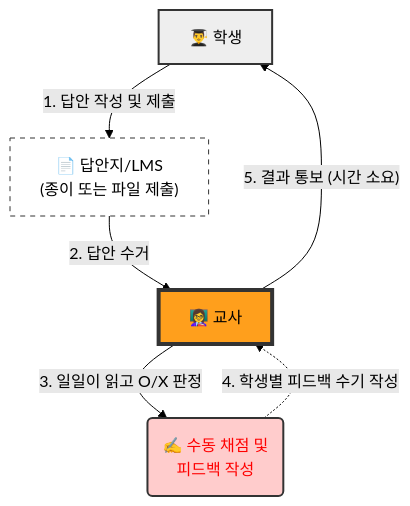
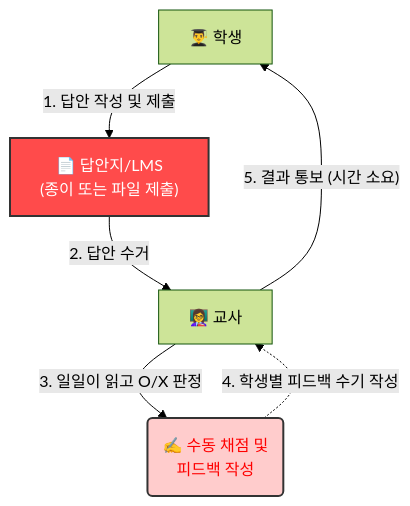
One commit to Raph-Alpaca/test260110 changed the second of 2 diagrams in README.md. Above: the diagram before and after it, drawn with Mermaid (forest theme).

````diff
--- a/README.md
+++ b/README.md
@@ -55,25 +55,26 @@
 ```mermaid
 graph TD
-    %% 노드 정의 (특수문자 포함 시 반드시 따옴표 사용)
+    %% 노드 정의 (특수문자 및 괄호 포함 시 따옴표 필수)
     ST_OLD[👨‍🎓 학생]
     PAPER["📄 답안지/LMS<br/>(종이 또는 파일 제출)"]
     TE_OLD[👩‍🏫 교사]
     WORK("✍️ 수동 채점 및<br/>피드백 작성")
 
     %% 흐름 정의
     ST_OLD -->|"1. 답안 작성 및 제출"| PAPER
     PAPER -->|"2. 답안 수거"| TE_OLD
     
     %% 교사의 반복 업무 강조
     TE_OLD -->|"3. 일일이 읽고 O/X 판정"| WORK
     WORK -.->|"4. 학생별 피드백 수기 작성"| TE_OLD
     
     %% 피드백 전달 (지연됨을 암시)
     TE_OLD -->|"5. 결과 통보 (시간 소요)"| ST_OLD
 
     %% 스타일 정의
-    style ST_OLD fill:#eee,stroke:#333,stroke-width:2px
-    style PAPER fill:#fff,stroke:#333,stroke-dasharray: 5 5
-    style TE_OLD fill:#FF9F1C,stroke:#333,stroke-width:4px
+    %% PAPER를 Streamlit App과 동일한 스타일(붉은 배경, 흰 글씨)로 변경
+    style PAPER fill:#FF4B4B,stroke:#333,stroke-width:2px,color:white
+    
+    %% 수동 채점(WORK)은 여전히 붉은색 경고 느낌 유지
     style WORK fill:#ffcccc,stroke:#333,stroke-width:2px,color:red
 ```
````
